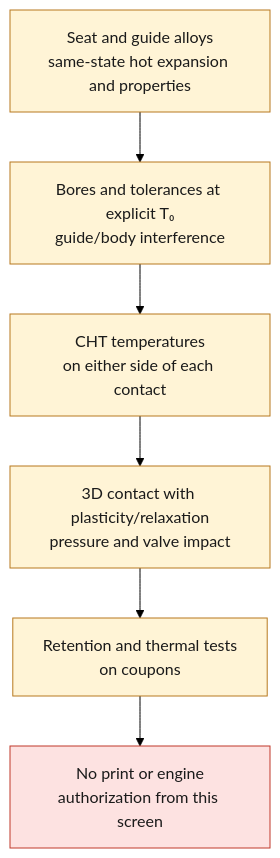
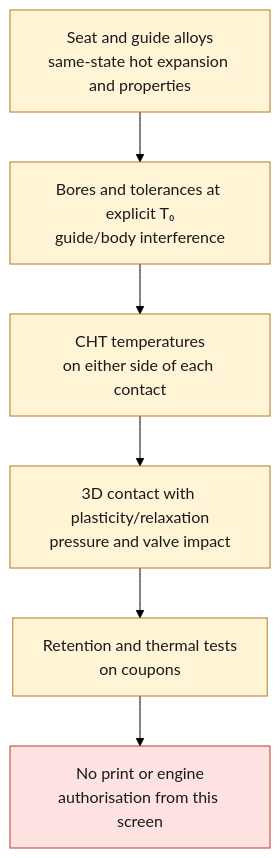
The diagram in twins/m64-cylinder-head/seat-guide-thermal-screen/README.md (cluster2600/porscheparts), drawn with Mermaid (forest theme) before and after one commit. The commit also changed other lines of this file and 480 other files, not shown here.

````diff
--- a/twins/m64-cylinder-head/seat-guide-thermal-screen/README.md
+++ b/twins/m64-cylinder-head/seat-guide-thermal-screen/README.md
@@ -155,11 +155,11 @@
 ```mermaid
 flowchart TD
     A["Seat and guide alloys<br/>same-state hot expansion and properties"]:::open --> B["Bores and tolerances at explicit T₀<br/>guide/body interference"]:::open
     B --> C["CHT temperatures<br/>on either side of each contact"]:::open
     C --> D["3D contact with plasticity/relaxation<br/>pressure and valve impact"]:::open
     D --> E["Retention and thermal tests<br/>on coupons"]:::open
-    E --> F["No print or engine<br/>authorization from this screen"]:::stop
+    E --> F["No print or engine<br/>authorisation from this screen"]:::stop
     classDef stop fill:#fde2e1,stroke:#c0392b,color:#1a1a1a;
     classDef ok fill:#e3f1e6,stroke:#2e7d32,color:#1a1a1a;
     classDef open fill:#fff4d6,stroke:#b7791f,color:#1a1a1a;
 ```
````
